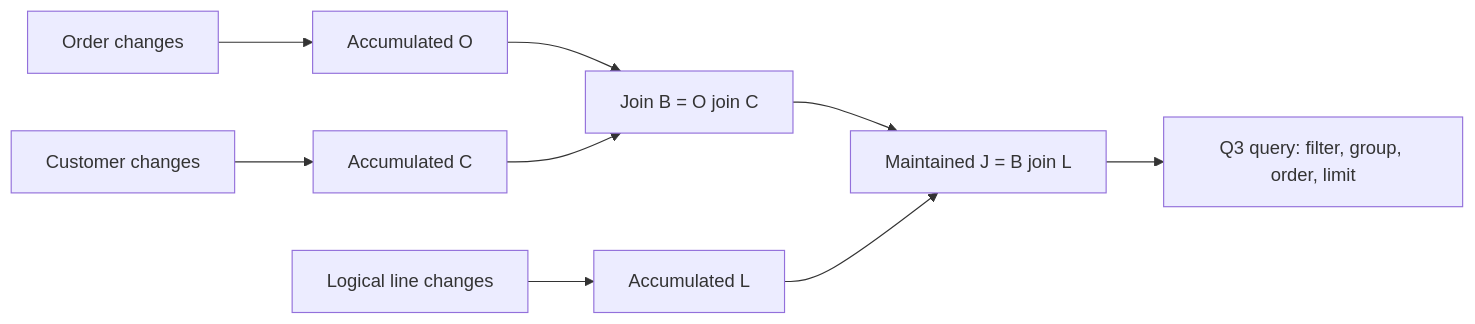
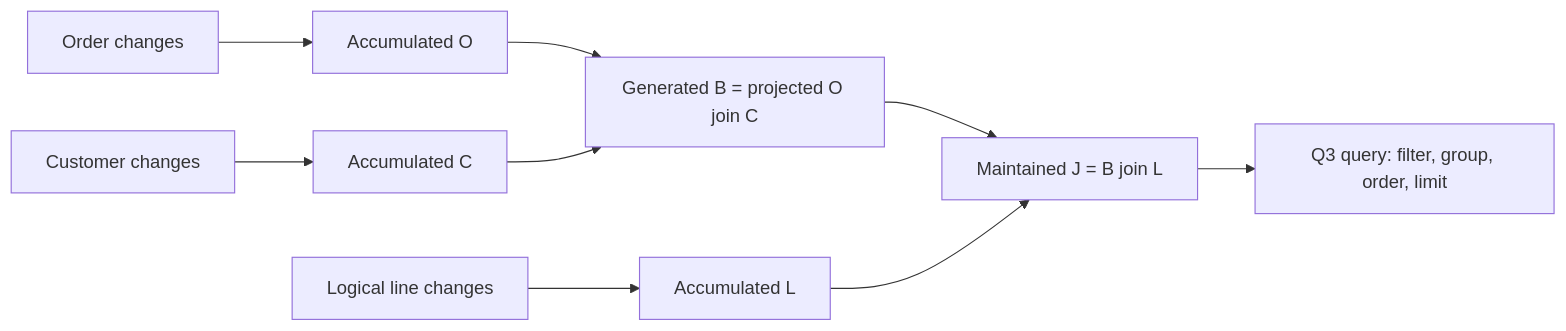
One commit to alicia-lyu/feldera changed the diagram in docs/design/merged-index/support.md. Above: the diagram before and after it, drawn with Mermaid. The commit also changed other lines of this file and 2 other files, not shown here.

Commit message:
Document generated native state-read contracts for R2

````diff
--- a/docs/design/merged-index/support.md
+++ b/docs/design/merged-index/support.md
@@ -673,11 +678,11 @@
 ```mermaid
 flowchart LR
     DO[Order changes] --> O[Accumulated O]
     DC[Customer changes] --> C[Accumulated C]
-    O --> B[Join B = O join C]
+    O --> B[Generated B = projected O join C]
     C --> B
     DL[Logical line changes] --> L[Accumulated L]
     B --> J[Maintained J = B join L]
     L --> J
     J --> Q[Q3 query: filter, group, order, limit]
 ```
````
